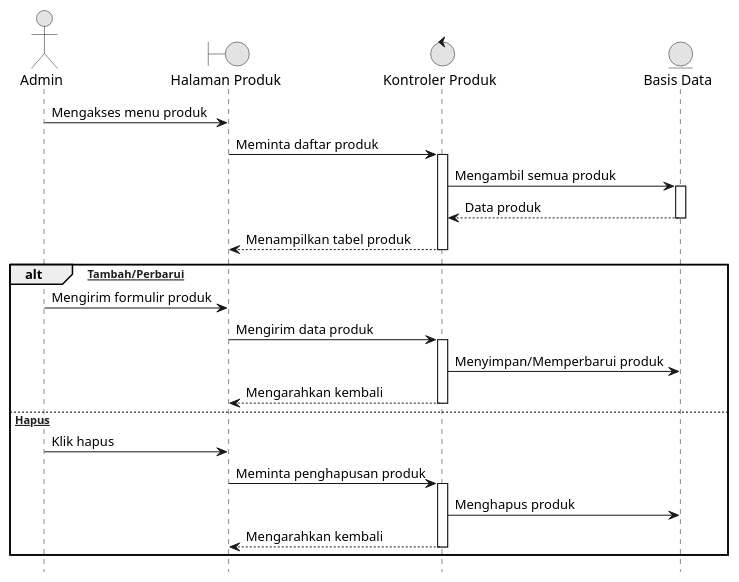
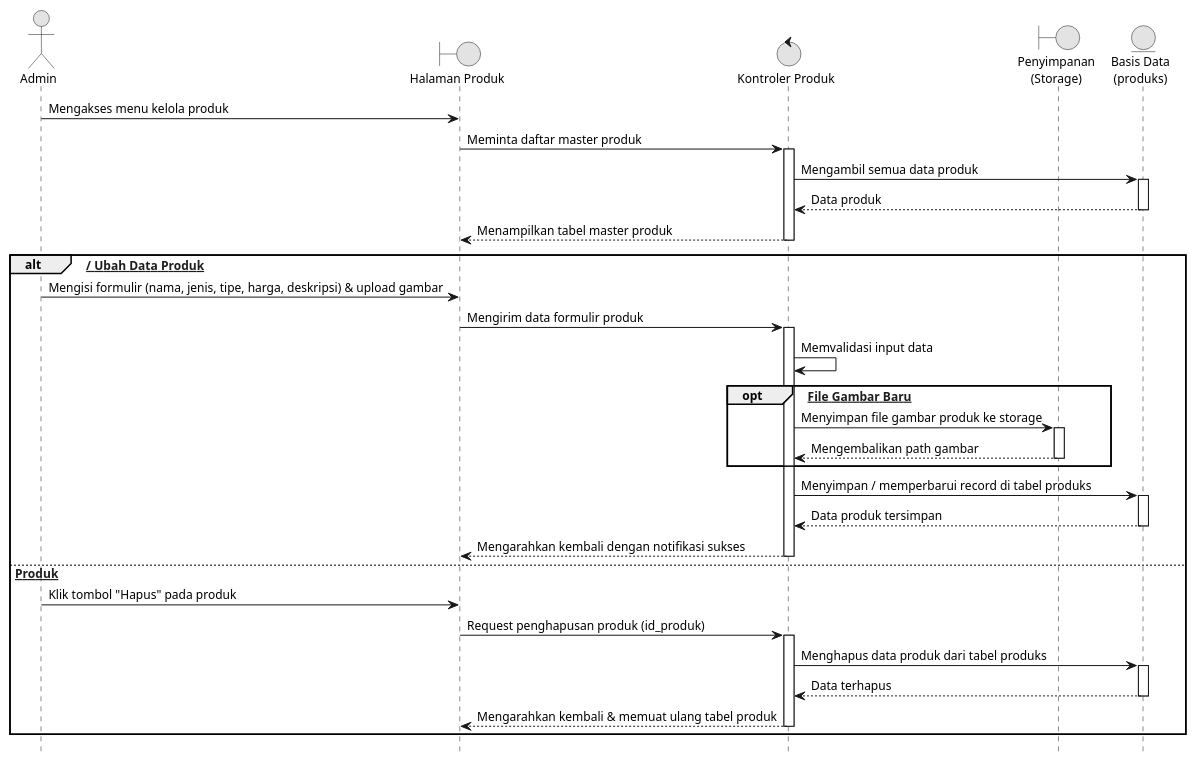
Before and after one commit to Reyonl/project_TA: the seventh of 11 diagrams in docs/diagrams/semua_diagram.puml, drawn with PlantUML. The commit also changed other lines of this file and 25 other files, not shown here.

Commit message:
docs: regenerate thesis diagrams, add class/LRS diagrams and viewers

```diff
--- a/docs/diagrams/semua_diagram.puml
+++ b/docs/diagrams/semua_diagram.puml
@@ -191,36 +249,53 @@
 @startuml 07_Kelola_Produk
 hide footbox
+skinparam backgroundColor white
 skinparam monochrome true
 skinparam shadowing false
+skinparam DefaultFontName Arial
+skinparam DefaultFontSize 12
 
 actor "Admin" as Admin
 boundary "Halaman Produk" as View
 control "Kontroler Produk" as Controller
-entity "Basis Data" as DB
+boundary "Penyimpanan\n(Storage)" as Storage
+entity "Basis Data\n(produks)" as DB
 
-Admin -> View : Mengakses menu produk
-View -> Controller : Meminta daftar produk
+Admin -> View : Mengakses menu kelola produk
+View -> Controller : Meminta daftar master produk
 activate Controller
-Controller -> DB : Mengambil semua produk
+Controller -> DB : Mengambil semua data produk
 activate DB
 DB --> Controller : Data produk
 deactivate DB
-Controller --> View : Menampilkan tabel produk
+Controller --> View : Menampilkan tabel master produk
 deactivate Controller
 
-alt [Tambah/Perbarui]
-    Admin -> View : Mengirim formulir produk
-    View -> Controller : Mengirim data produk
+alt [Tambah / Ubah Data Produk]
+    Admin -> View : Mengisi formulir (nama, jenis, tipe, harga, deskripsi) & upload gambar
+    View -> Controller : Mengirim data formulir produk
     activate Controller
-    Controller -> DB : Menyimpan/Memperbarui produk
-    Controller --> View : Mengarahkan kembali
+    Controller -> Controller : Memvalidasi input data
+    opt [Terdapat File Gambar Baru]
+        Controller -> Storage : Menyimpan file gambar produk ke storage
+        activate Storage
+        Storage --> Controller : Mengembalikan path gambar
+        deactivate Storage
+    end
+    Controller -> DB : Menyimpan / memperbarui record di tabel produks
+    activate DB
+    DB --> Controller : Data produk tersimpan
+    deactivate DB
+    Controller --> View : Mengarahkan kembali dengan notifikasi sukses
     deactivate Controller
-else [Hapus]
-    Admin -> View : Klik hapus
-    View -> Controller : Meminta penghapusan produk
+else [Hapus Produk]
+    Admin -> View : Klik tombol "Hapus" pada produk
+    View -> Controller : Request penghapusan produk (id_produk)
     activate Controller
-    Controller -> DB : Menghapus produk
-    Controller --> View : Mengarahkan kembali
+    Controller -> DB : Menghapus data produk dari tabel produks
+    activate DB
+    DB --> Controller : Data terhapus
+    deactivate DB
+    Controller --> View : Mengarahkan kembali & memuat ulang tabel produk
     deactivate Controller
 end
 @enduml
```
